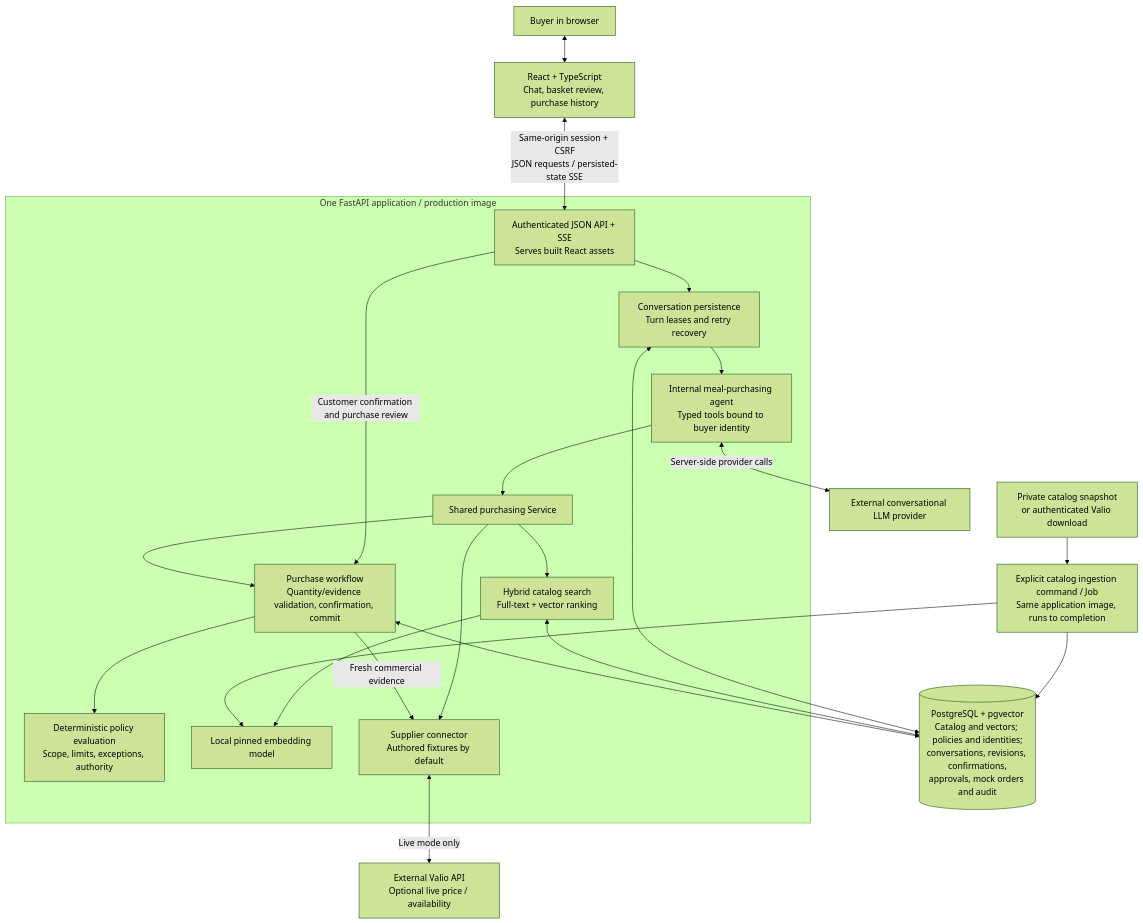
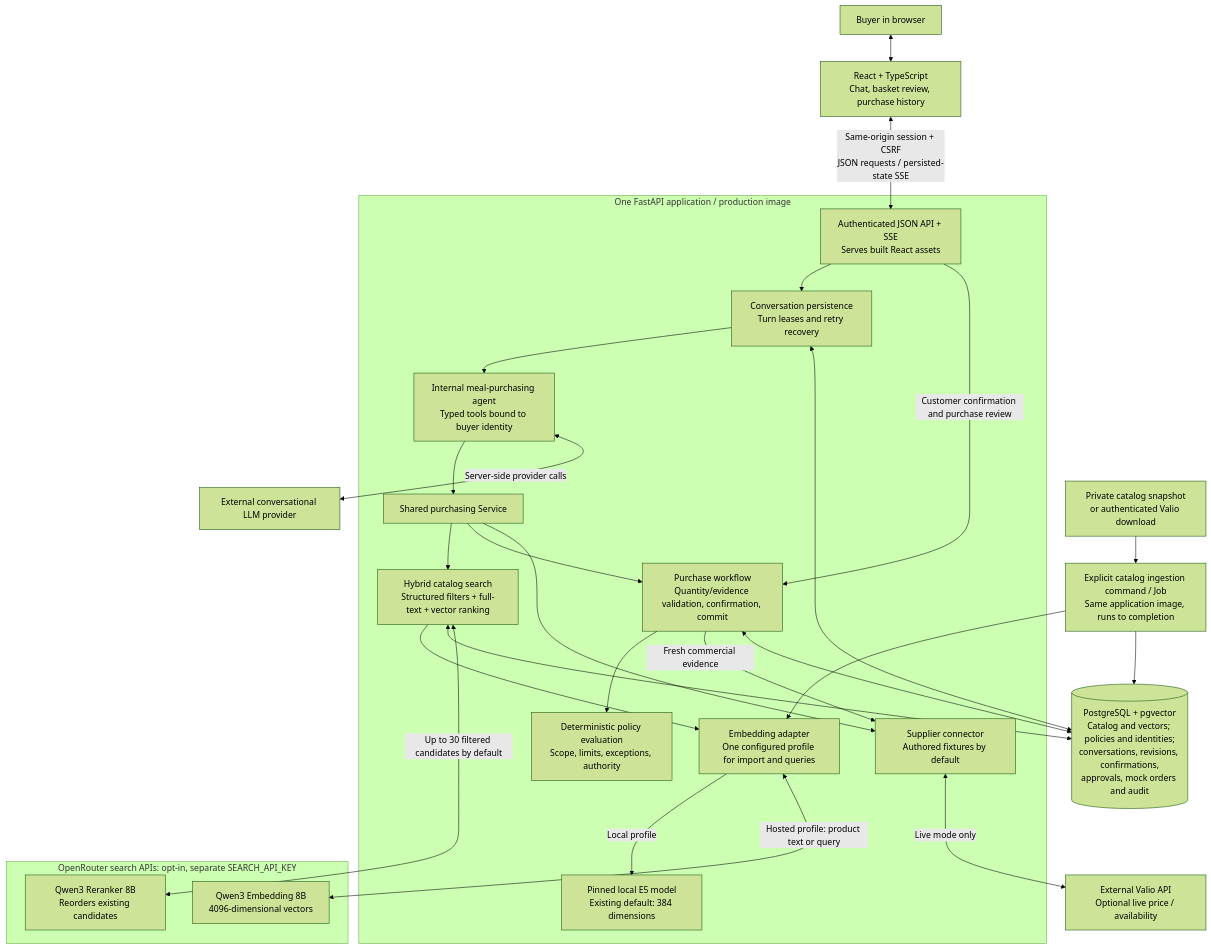
Before and after one commit to Junction-Best-Team/Main-Application: the first of 3 diagrams in docs/architecture.md, drawn with Mermaid (forest theme). The commit also changed other lines of this file, not shown here.

Commit message:
Document hosted search architecture and staged catalog cutover

````diff
--- a/docs/architecture.md
+++ b/docs/architecture.md
@@ -9,40 +11,48 @@
 ```mermaid
 flowchart TB
     Buyer["Buyer in browser"]
     UI["React + TypeScript<br/>Chat, basket review, purchase history"]
     Buyer <--> UI
 
     subgraph App["One FastAPI application / production image"]
         API["Authenticated JSON API + SSE<br/>Serves built React assets"]
         Conversations["Conversation persistence<br/>Turn leases and retry recovery"]
         Agent["Internal meal-purchasing agent<br/>Typed tools bound to buyer identity"]
         Service["Shared purchasing Service"]
-        Search["Hybrid catalog search<br/>Full-text + vector ranking"]
+        Search["Hybrid catalog search<br/>Structured filters + full-text + vector ranking"]
         Workflow["Purchase workflow<br/>Quantity/evidence validation, confirmation, commit"]
         Policy["Deterministic policy evaluation<br/>Scope, limits, exceptions, authority"]
-        Embeddings["Local pinned embedding model"]
+        Embeddings["Embedding adapter<br/>One configured profile for import and queries"]
+        LocalModel["Pinned local E5 model<br/>Existing default: 384 dimensions"]
         Supplier["Supplier connector<br/>Authored fixtures by default"]
         API --> Conversations --> Agent --> Service
         API -->|"Customer confirmation and purchase review"| Workflow
         Service --> Search --> Embeddings
+        Embeddings -->|"Local profile"| LocalModel
         Service --> Workflow --> Policy
         Service --> Supplier
         Workflow -->|"Fresh commercial evidence"| Supplier
     end
 
     UI <-->|"Same-origin session + CSRF<br/>JSON requests / persisted-state SSE"| API
     DB[("PostgreSQL + pgvector<br/>Catalog and vectors; policies and identities;<br/>conversations, revisions, confirmations,<br/>approvals, mock orders and audit")]
     Conversations <--> DB
     Search <--> DB
     Workflow <--> DB
 
     LLM["External conversational LLM provider"]
     Agent <-->|"Server-side provider calls"| LLM
+    subgraph HostedSearch["OpenRouter search APIs: opt-in, separate SEARCH_API_KEY"]
+        RemoteEmbeddings["Qwen3 Embedding 8B<br/>4096-dimensional vectors"]
+        Reranker["Qwen3 Reranker 8B<br/>Reorders existing candidates"]
+    end
+    Embeddings <-->|"Hosted profile: product text or query"| RemoteEmbeddings
+    Search <-->|"Up to 30 filtered candidates by default"| Reranker
     Valio["External Valio API<br/>Optional live price / availability"]
     Supplier <-->|"Live mode only"| Valio
 
     Importer["Explicit catalog ingestion command / Job<br/>Same application image, runs to completion"]
     Catalog["Private catalog snapshot<br/>or authenticated Valio download"]
     Catalog --> Importer --> DB
     Importer --> Embeddings
 ```
````
